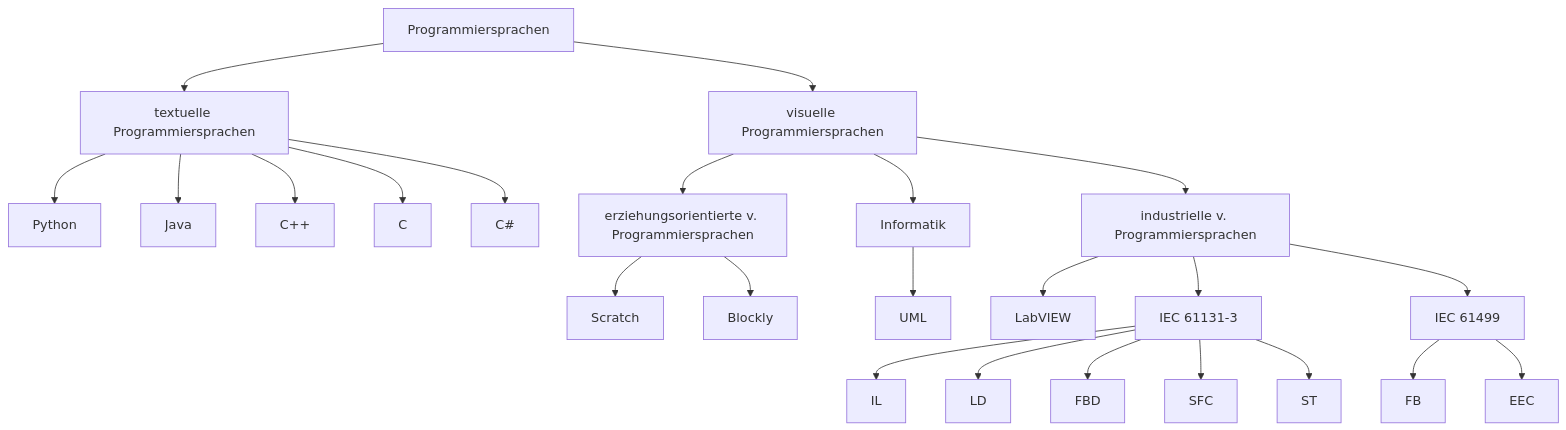
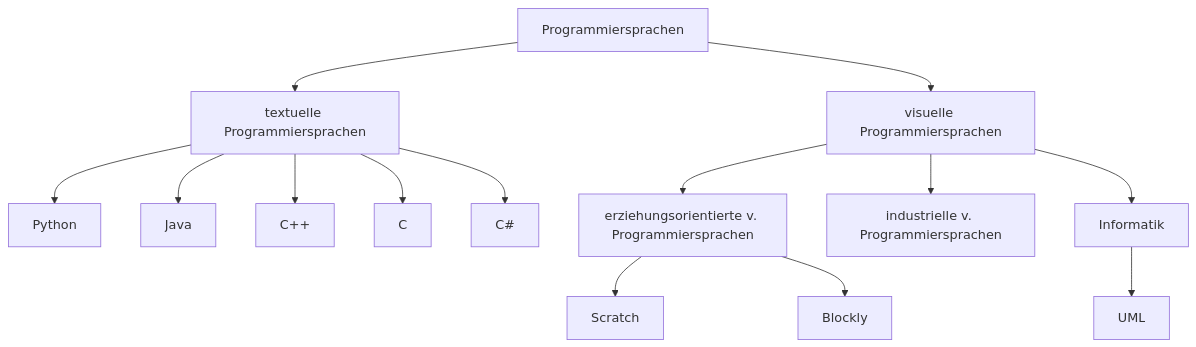
The diagram in docs/Diagramm.mmd (Meisterschulen-am-Ostbahnhof-Munchen/visual-programming-languages-docs), drawn with Mermaid before and after one commit. The commit also changed other lines of this file and 3 other files, not shown here.

```diff
--- a/docs/Diagramm.mmd
+++ b/docs/Diagramm.mmd
@@ -1,24 +1,14 @@
 flowchart TB
 A["Programmiersprachen"] --> B["textuelle Programmiersprachen"]
 B --> Python
 B --> Java
 B --> C++
 B --> C
 B --> C#
 A--> CL["visuelle Programmiersprachen"]
 CL -->D["erziehungsorientierte v. Programmiersprachen"]
 D --> Scratch
 D --> Blockly
 CL -->E["industrielle v. Programmiersprachen"]
 CL -->Informatik
 Informatik --> UML
-E --> H["LabVIEW"]
-E --> F["IEC 61131-3"]
-E --> G["IEC 61499"]
-F --> IL
-F --> LD
-F --> FBD
-F --> SFC
-F --> ST
-G --> FB
-G --> EEC
```
